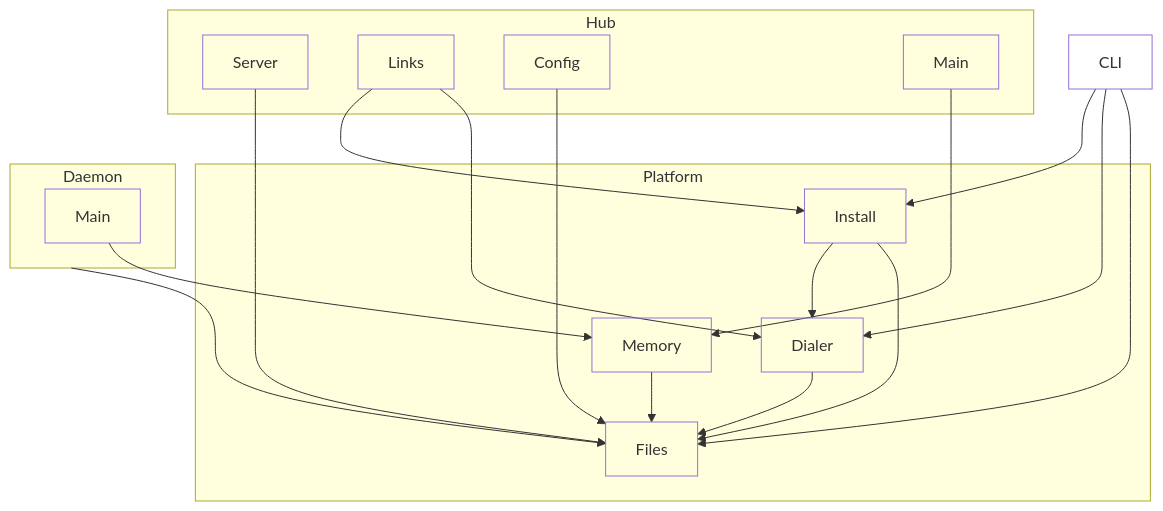
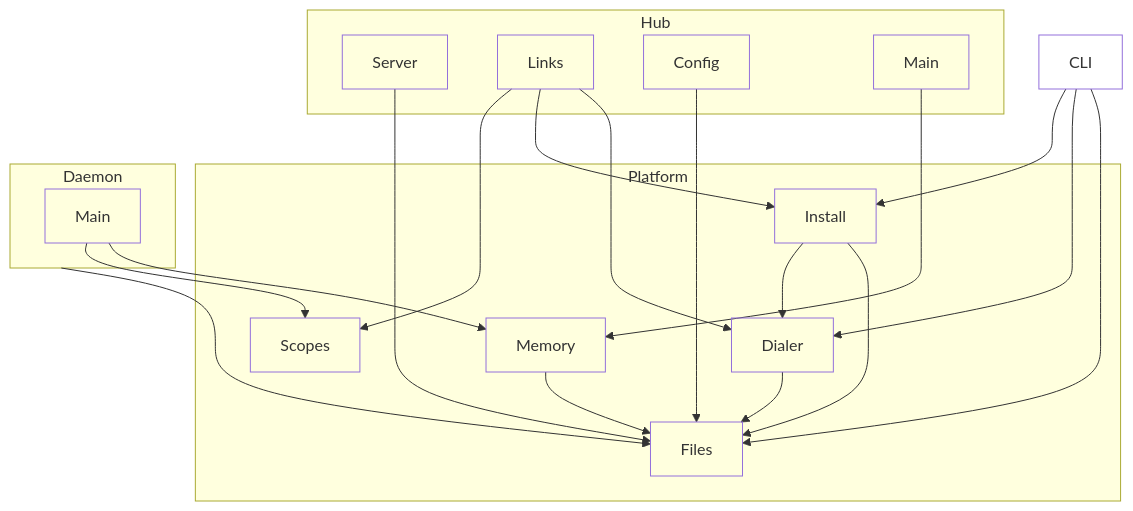
The diagram in architecture/typescript.platform.arc42.md (MotleyAI/worktree-term), drawn with Mermaid before and after one commit. The commit also changed other lines of this file and 44 other files, not shown here.

Commit message:
Run each terminal, the daemon and the hub in a systemd scope of their own, and report out-of-memory kills

````diff
--- a/architecture/typescript.platform.arc42.md
+++ b/architecture/typescript.platform.arc42.md
@@ -12,36 +12,39 @@
 ```mermaid
 flowchart TD
   %% platform: Platform
   subgraph platform["Platform"]
     platform__files["Files"]
     platform__dialer["Dialer"]
     platform__install["Install"]
     platform__memory["Memory"]
+    platform__scopes["Scopes"]
   end
   subgraph daemon["Daemon"]
     daemon__main["Main"]
   end
   subgraph hub["Hub"]
     hub__server["Server"]
     hub__links["Links"]
     hub__config["Config"]
     hub__main["Main"]
   end
   cli["CLI"]
   platform__dialer --> platform__files
   platform__install --> platform__files
   platform__install --> platform__dialer
   platform__memory --> platform__files
   daemon --> platform__files
   daemon__main --> platform__memory
+  daemon__main --> platform__scopes
   hub__server --> platform__files
   hub__config --> platform__files
   hub__links --> platform__dialer
   hub__links --> platform__install
+  hub__links --> platform__scopes
   hub__main --> platform__memory
   cli --> platform__files
   cli --> platform__dialer
   cli --> platform__install
   classDef leaf fill:none;
-  class platform__files,platform__dialer,platform__install,platform__memory,daemon__main,hub__server,hub__links,hub__config,hub__main,cli leaf;
+  class platform__files,platform__dialer,platform__install,platform__memory,platform__scopes,daemon__main,hub__server,hub__links,hub__config,hub__main,cli leaf;
 ```
````
